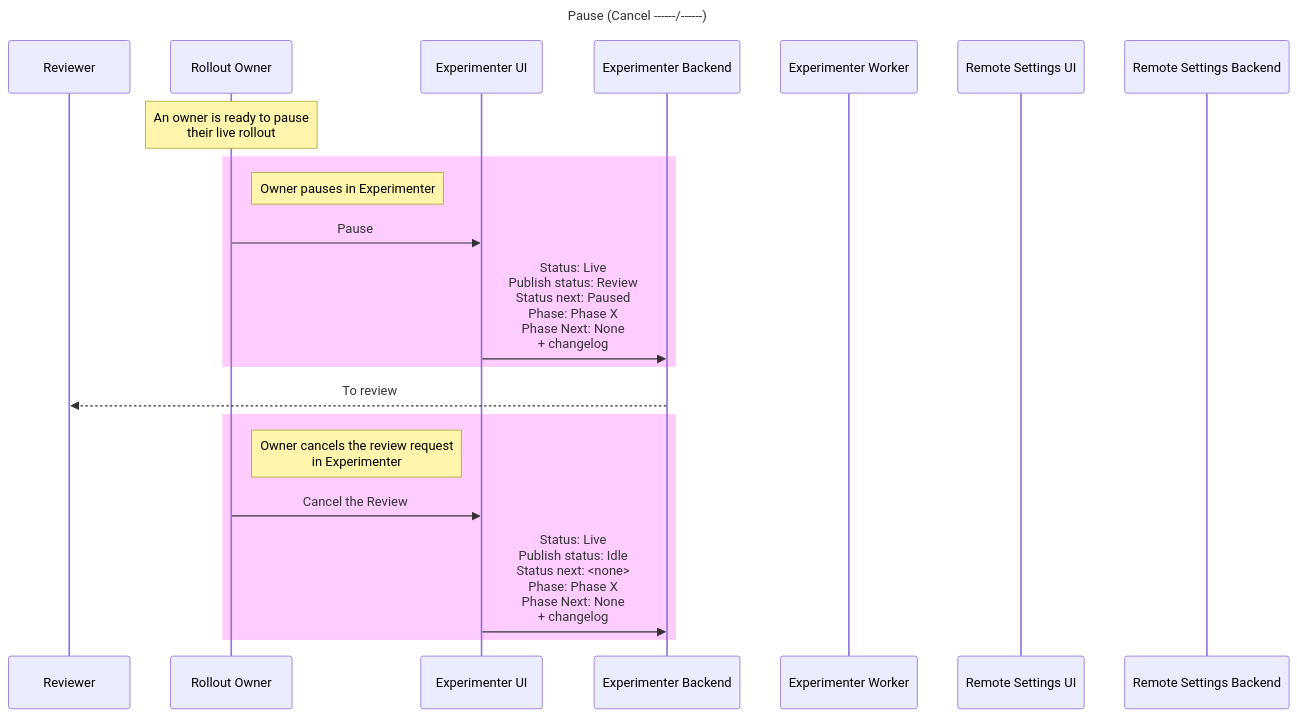
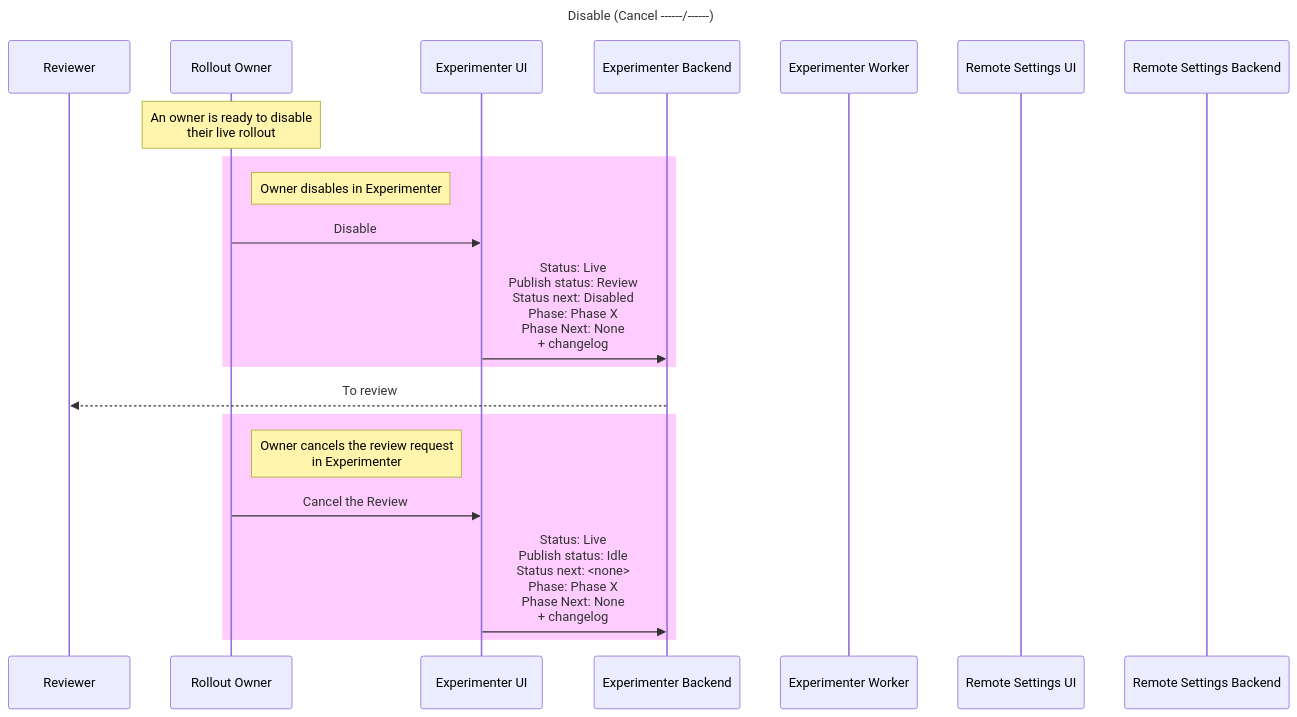
Before and after one commit to mozilla/experimenter: diagram 21 of 27 in docs/experimenter/rollouts.md, drawn with Mermaid. The commit also changed other lines of this file, not shown here.

First line of the commit message:
docs(nimbus): Add rollout mermaid diagrams

````diff
--- a/docs/experimenter/rollouts.md
+++ b/docs/experimenter/rollouts.md
@@ -958,27 +958,27 @@
 ```mermaid
     sequenceDiagram
         participant Reviewer
         participant Rollout Owner
         participant Experimenter UI
         participant Experimenter Backend
         participant Experimenter Worker
         participant Remote Settings UI
         participant Remote Settings Backend
-        title Pause (Cancel ------/------)
+        title Disable (Cancel ------/------)
         
-        Note over Rollout Owner: An owner is ready to pause <br/> their live rollout
+        Note over Rollout Owner: An owner is ready to disable <br/> their live rollout
 
         rect rgb(255,204,255)
-            Note right of Rollout Owner: Owner pauses in Experimenter
-            Rollout Owner->>Experimenter UI: Pause
-            Experimenter UI->>Experimenter Backend: Status: Live <br/> Publish status: Review <br/> Status next: Paused <br/> Phase: Phase X <br/> Phase Next: None <br/> + changelog
+            Note right of Rollout Owner: Owner disables in Experimenter
+            Rollout Owner->>Experimenter UI: Disable
+            Experimenter UI->>Experimenter Backend: Status: Live <br/> Publish status: Review <br/> Status next: Disabled <br/> Phase: Phase X <br/> Phase Next: None <br/> + changelog
         end
 
         Experimenter Backend-->>Reviewer: To review
         
         rect rgb(255,204,255)
             Note right of Rollout Owner: Owner cancels the review request <br/> in Experimenter
             Rollout Owner->>Experimenter UI: Cancel the Review
             Experimenter UI->>Experimenter Backend: Status: Live <br/> Publish status: Idle <br/> Status next: <none> <br/> Phase: Phase X <br/> Phase Next: None <br/> + changelog
         end
 ```
````
